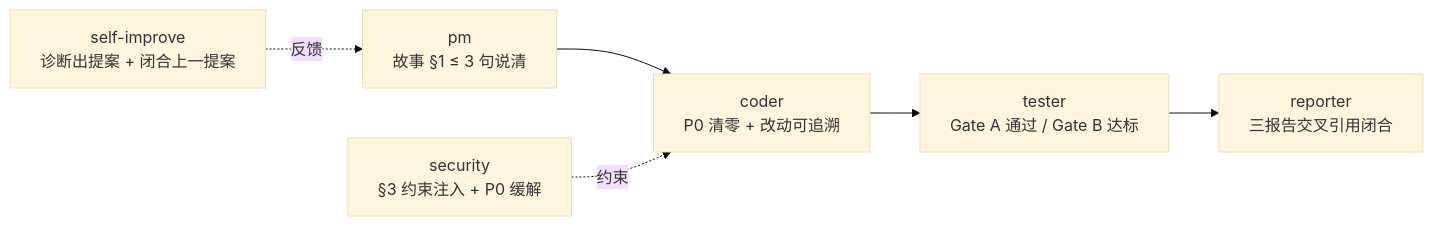
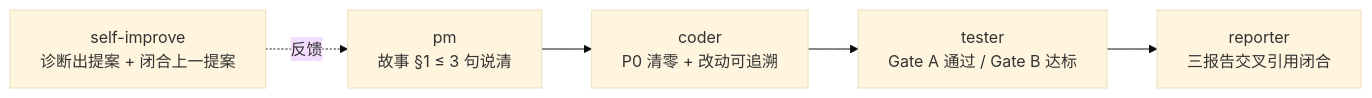
The fifth of 7 diagrams in agents/AGENT.md (effiy/YrY), drawn with Mermaid (base theme) before and after one commit. The commit also changed other lines of this file and 91 other files, not shown here.

````diff
--- a/agents/AGENT.md
+++ b/agents/AGENT.md
@@ -136,9 +129,8 @@
 ```mermaid
 flowchart LR
     pm["pm<br/>故事 §1 ≤ 3 句说清"]:::src --> coder["coder<br/>P0 清零 + 改动可追溯"]:::dst
     coder --> tester["tester<br/>Gate A 通过 / Gate B 达标"]:::dst
     tester --> reporter["reporter<br/>三报告交叉引用闭合"]:::dst
-    security["security<br/>§3 约束注入 + P0 缓解"]:::src -.约束.-> coder
     si["self-improve<br/>诊断出提案 + 闭合上一提案"]:::src -.反馈.-> pm
 
 ```
````
